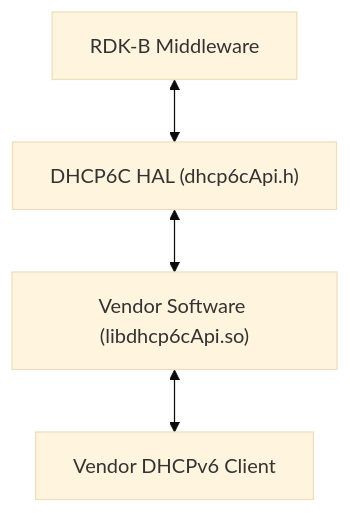
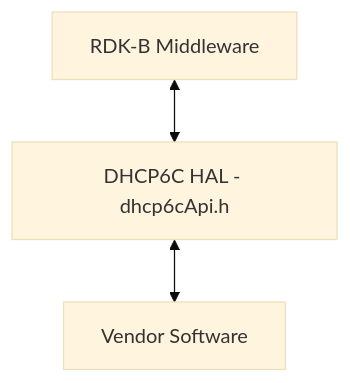
Before and after one commit to Blitzy-Sky/rdkb-halif-dhcp6c: the first of 2 diagrams in docs/pages/halSpec.md, drawn with Mermaid (base theme).

Commit message:
docs: normalise the DHCP6C HAL architecture flowchart in its specification
The Description flowchart now uses the common top-down form shared
by every C HAL page: RDK-B Middleware, then DHCP6C HAL - dhcp6cApi.h,
then Vendor Software, joined by double-headed edges.

````diff
--- a/docs/pages/halSpec.md
+++ b/docs/pages/halSpec.md
@@ -31,6 +31,5 @@
 ```mermaid
 flowchart TD
-    Caller["RDK-B Middleware"] <--> HAL["DHCP6C HAL (dhcp6cApi.h)"]
-    HAL <--> Vendor["Vendor Software (libdhcp6cApi.so)"]
-    Vendor <--> Client["Vendor DHCPv6 Client"]
+    Caller["RDK-B Middleware"] <--> HAL["DHCP6C HAL - dhcp6cApi.h"]
+    HAL <--> Vendor["Vendor Software"]
 ```
````
